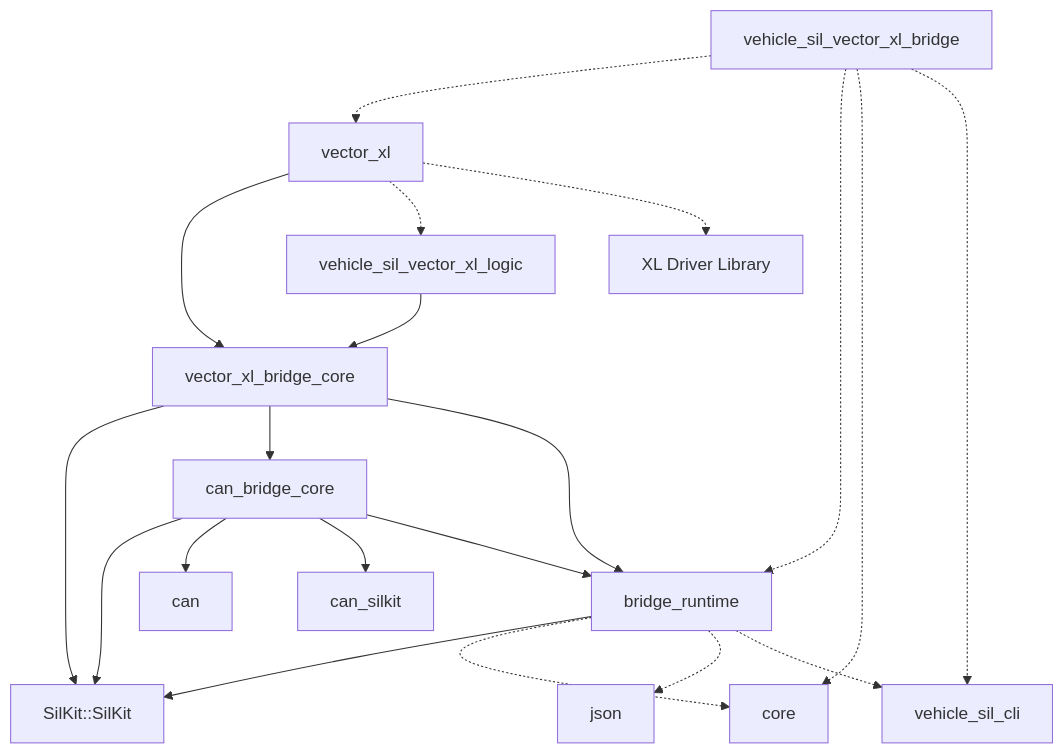
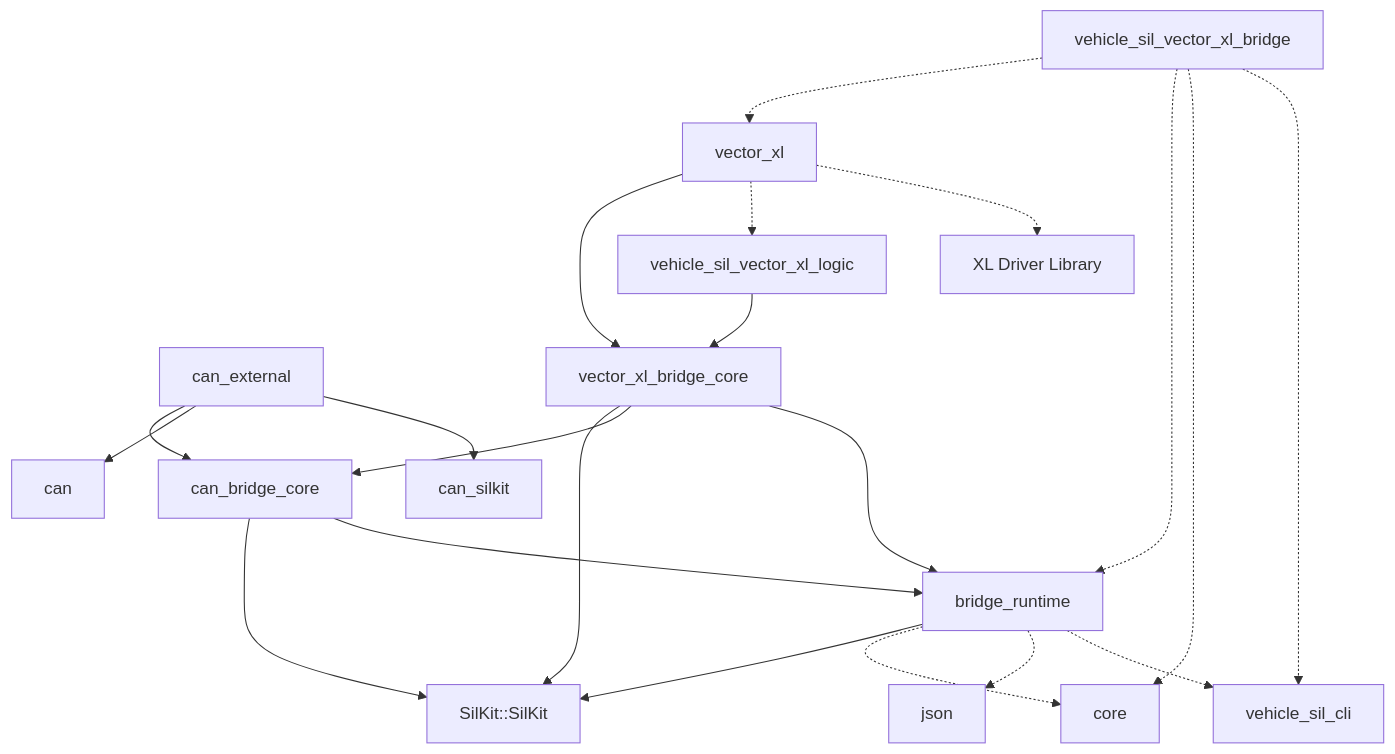
Before and after one commit to rahanahu/vehicle-sil: the first of 3 diagrams in docs/code-map-bridges.md, drawn with Mermaid. The commit also changed other lines of this file and 7 other files, not shown here.

````diff
--- a/docs/code-map-bridges.md
+++ b/docs/code-map-bridges.md
@@ -184,22 +185,23 @@
 ```mermaid
 flowchart TD
     can_bridge_core --> SilKit["SilKit::SilKit"]
-    can_bridge_core --> can
-    can_bridge_core --> can_silkit
     can_bridge_core --> bridge_runtime
+    can_external --> can_bridge_core
+    can_external --> can
+    can_external --> can_silkit
     vector_xl_bridge_core --> SilKit
     vector_xl_bridge_core --> can_bridge_core
     vector_xl_bridge_core --> bridge_runtime
     vehicle_sil_vector_xl_logic --> vector_xl_bridge_core
     vector_xl --> vector_xl_bridge_core
     vector_xl -.-> vehicle_sil_vector_xl_logic
     vector_xl -.-> vxlapi["XL Driver Library"]
     vehicle_sil_vector_xl_bridge -.-> vector_xl
     vehicle_sil_vector_xl_bridge -.-> bridge_runtime
     vehicle_sil_vector_xl_bridge -.-> core
     vehicle_sil_vector_xl_bridge -.-> vehicle_sil_cli
     bridge_runtime --> SilKit
     bridge_runtime -.-> core
     bridge_runtime -.-> json
     bridge_runtime -.-> vehicle_sil_cli
 ```
````
